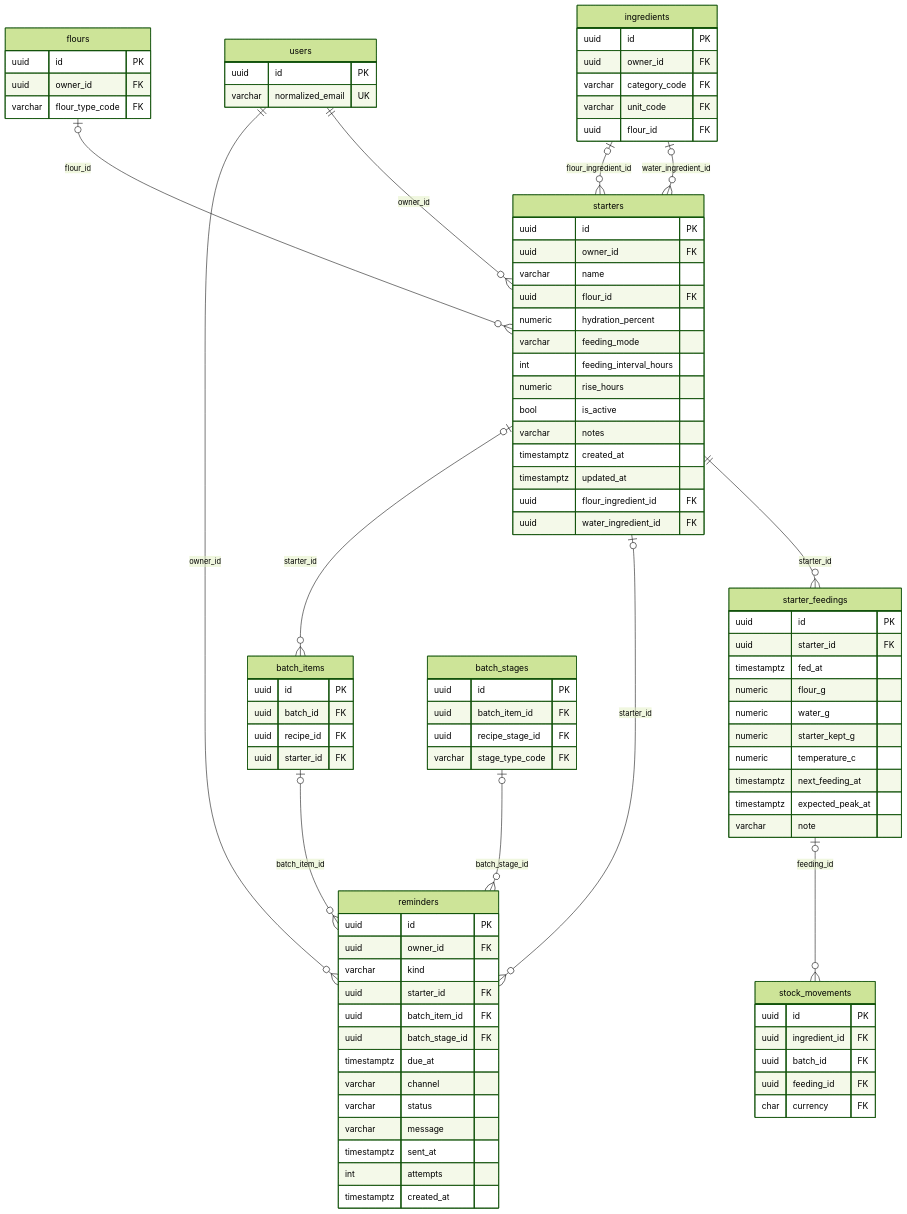
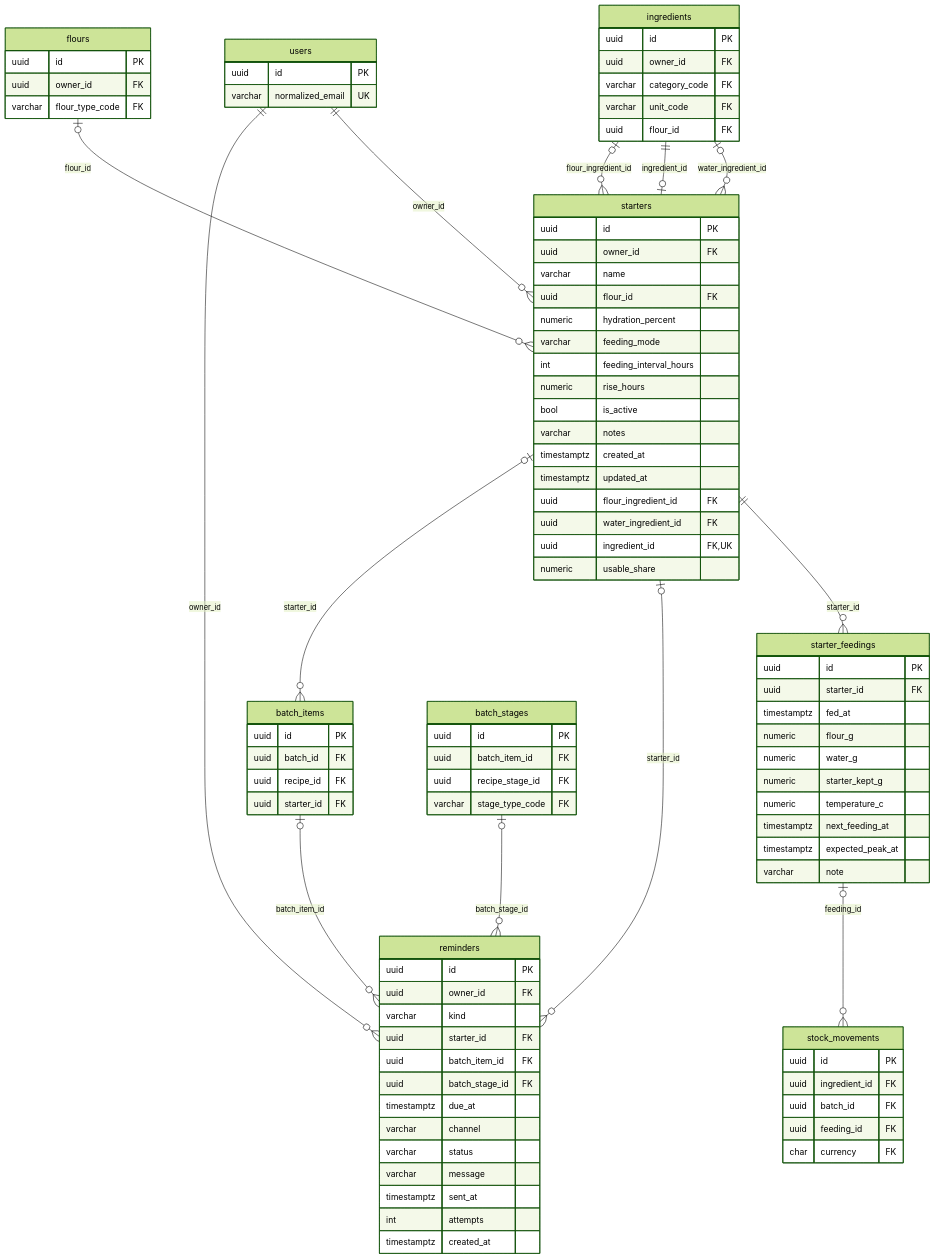
Before and after one commit to fedokgeniy/OneLoaf-BackEnd: the fifth of 8 diagrams in docs/db/logical-schema.md, drawn with Mermaid (forest theme). The commit also changed other lines of this file and 124 other files, not shown here.

Commit message:
Regenerate the API reference, the DDL script and the database documentation for starters as ingredients, ripening and photos, and describe the changed screens

```diff
--- a/docs/db/logical-schema.md
+++ b/docs/db/logical-schema.md
@@ -427,6 +435,8 @@
         timestamptz updated_at
         uuid flour_ingredient_id FK
         uuid water_ingredient_id FK
+        uuid ingredient_id FK,UK
+        numeric usable_share
     }
     batch_items {
         uuid id PK
@@ -471,6 +481,7 @@
     starters ||--o{ starter_feedings : "starter_id"
     flours |o--o{ starters : "flour_id"
     ingredients |o--o{ starters : "flour_ingredient_id"
+    ingredients ||--o| starters : "ingredient_id"
     users ||--o{ starters : "owner_id"
     ingredients |o--o{ starters : "water_ingredient_id"
     starter_feedings |o--o{ stock_movements : "feeding_id"
```
